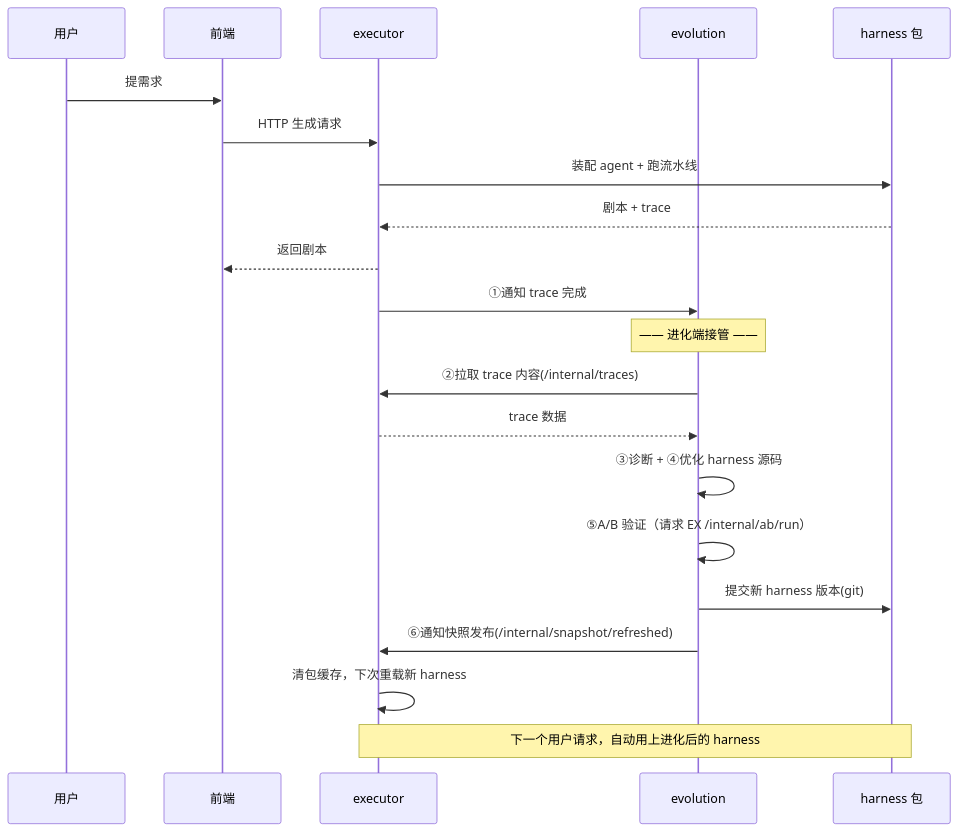
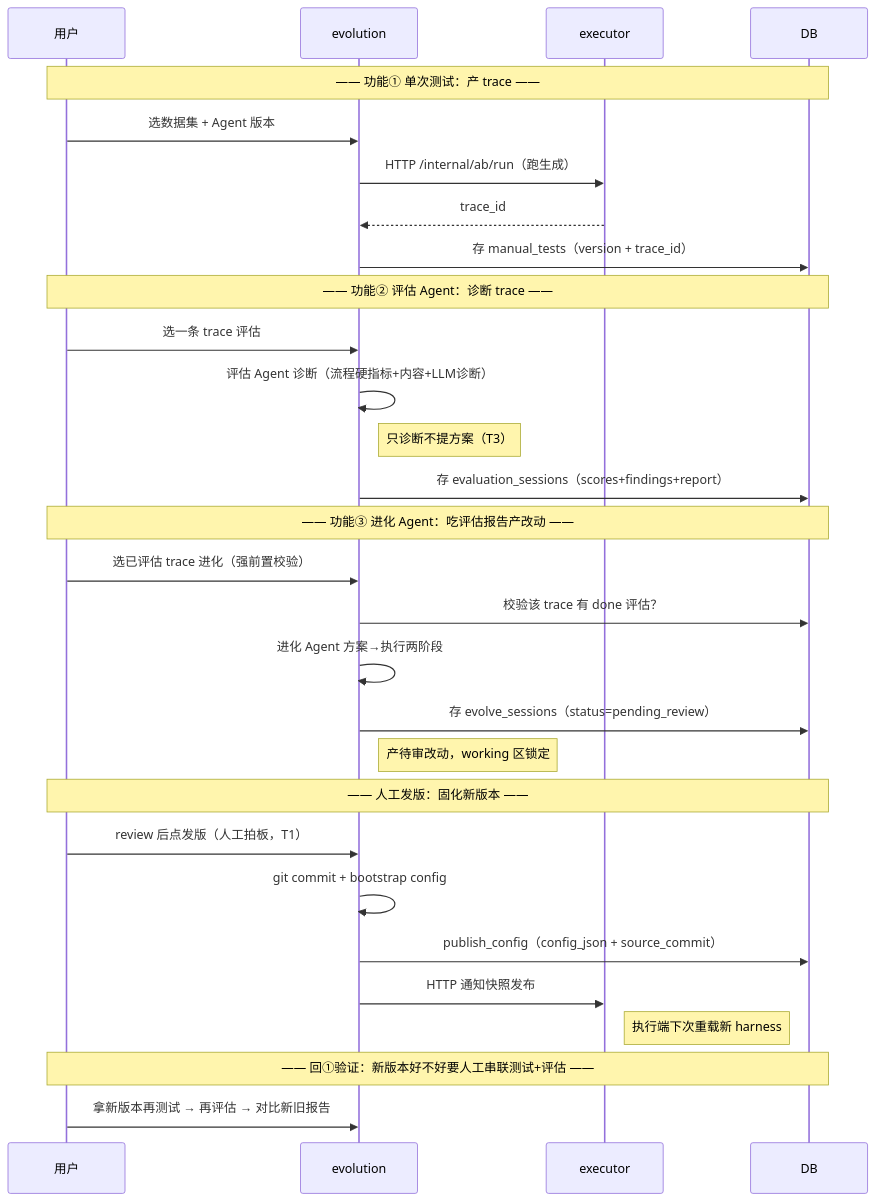
The seventh of 7 diagrams in docs/架构分层图.md (gaoshoupaper-code/EvoWriter), drawn with Mermaid before and after one commit. The commit also changed other lines of this file and 2 other files, not shown here.

First line of the commit message:
docs(architecture): 同步进化端要素分层到 C4 架构图 + 测试 import 更新

````diff
--- a/docs/架构分层图.md
+++ b/docs/架构分层图.md
@@ -211,26 +223,36 @@
 ```mermaid
 sequenceDiagram
     participant U as 用户
-    participant FE as 前端
+    participant EV as evolution
     participant EX as executor
-    participant EV as evolution
-    participant H as harness 包
+    participant DB as DB
 
-    U->>FE: 提需求
-    FE->>EX: HTTP 生成请求
-    EX->>H: 装配 agent + 跑流水线
-    H-->>EX: 剧本 + trace
-    EX-->>FE: 返回剧本
-    EX->>EV: ①通知 trace 完成
+    Note over U,DB: —— 功能① 单次测试：产 trace ——
+    U->>EV: 选数据集 + Agent 版本
+    EV->>EX: HTTP /internal/ab/run（跑生成）
+    EX-->>EV: trace_id
+    EV->>DB: 存 manual_tests（version + trace_id）
 
-    Note over EV: —— 进化端接管 ——
-    EV->>EX: ②拉取 trace 内容(/internal/traces)
-    EX-->>EV: trace 数据
-    EV->>EV: ③诊断 + ④优化 harness 源码
-    EV->>EV: ⑤A/B 验证（请求 EX /internal/ab/run）
-    EV->>H: 提交新 harness 版本(git)
-    EV->>EX: ⑥通知快照发布(/internal/snapshot/refreshed)
-    EX->>EX: 清包缓存，下次重载新 harness
+    Note over U,DB: —— 功能② 评估 Agent：诊断 trace ——
+    U->>EV: 选一条 trace 评估
+    EV->>EV: 评估 Agent 诊断（流程硬指标+内容+LLM诊断）
+    Note right of EV: 只诊断不提方案（T3）
+    EV->>DB: 存 evaluation_sessions（scores+findings+report）
 
-    Note over EX,H: 下一个用户请求，自动用上进化后的 harness
+    Note over U,DB: —— 功能③ 进化 Agent：吃评估报告产改动 ——
+    U->>EV: 选已评估 trace 进化（强前置校验）
+    EV->>DB: 校验该 trace 有 done 评估？
+    EV->>EV: 进化 Agent 方案→执行两阶段
+    EV->>DB: 存 evolve_sessions（status=pending_review）
+    Note right of EV: 产待审改动，working 区锁定
+
+    Note over U,DB: —— 人工发版：固化新版本 ——
+    U->>EV: review 后点发版（人工拍板，T1）
+    EV->>EV: git commit + bootstrap config
+    EV->>DB: publish_config（config_json + source_commit）
+    EV->>EX: HTTP 通知快照发布
+    Note right of EX: 执行端下次重载新 harness
+
+    Note over U,DB: —— 回①验证：新版本好不好要人工串联测试+评估 ——
+    U->>EV: 拿新版本再测试 → 再评估 → 对比新旧报告
 ```
````
